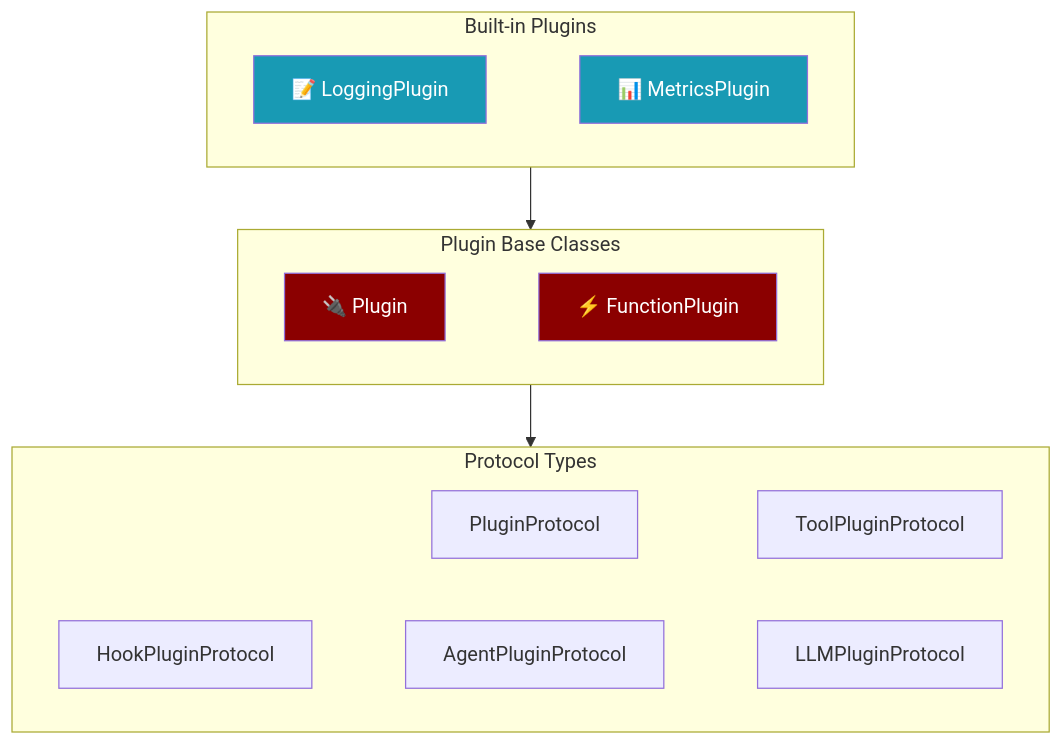
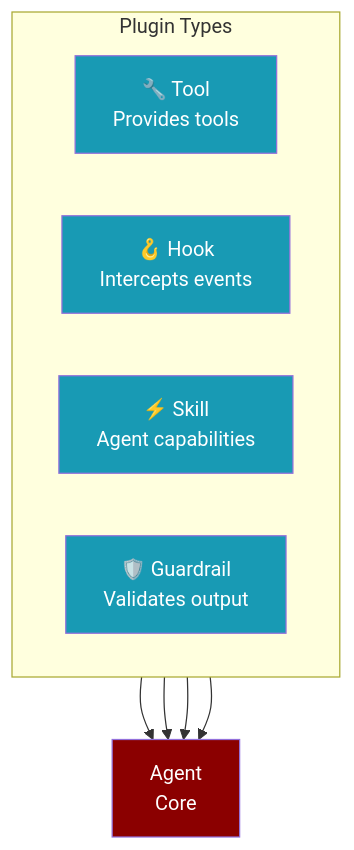
One commit to MervinPraison/PraisonAIDocs changed the first of 4 diagrams in docs/features/plugins.mdx. Above: the diagram before and after it, drawn with Mermaid. The commit also changed other lines of this file, not shown here.

````diff
--- a/docs/features/plugins.mdx
+++ b/docs/features/plugins.mdx
@@ -72,26 +9,21 @@
 ```mermaid
-flowchart TB
-    subgraph builtin["Built-in Plugins"]
+graph TB
+    subgraph "Plugin Types"
         direction LR
-        L[📝 LoggingPlugin] ~~~ M[📊 MetricsPlugin]
+        TOOL["🔧 Tool<br/>Provides tools"]
+        HOOK["🪝 Hook<br/>Intercepts events"]
+        SKILL["⚡ Skill<br/>Agent capabilities"]
+        GUARDRAIL["🛡️ Guardrail<br/>Validates output"]
     end
     
-    subgraph base["Plugin Base Classes"]
-        direction LR
-        P[🔌 Plugin] ~~~ F[⚡ FunctionPlugin]
-    end
+    TOOL --> CORE["Agent<br/>Core"]
+    HOOK --> CORE
+    SKILL --> CORE
+    GUARDRAIL --> CORE
     
-    subgraph protocols["Protocol Types"]
-        direction LR
-        PP[PluginProtocol] ~~~ TP[ToolPluginProtocol]
-        HP[HookPluginProtocol] ~~~ AP[AgentPluginProtocol] ~~~ LP[LLMPluginProtocol]
-    end
-    
-    builtin --> base
-    base --> protocols
-    
-    style L fill:#189AB4,color:#fff
-    style M fill:#189AB4,color:#fff
-    style P fill:#8B0000,color:#fff
-    style F fill:#8B0000,color:#fff
+    style TOOL fill:#189AB4,color:#fff
+    style HOOK fill:#189AB4,color:#fff
+    style SKILL fill:#189AB4,color:#fff
+    style GUARDRAIL fill:#189AB4,color:#fff
+    style CORE fill:#8B0000,color:#fff
 ```
````
